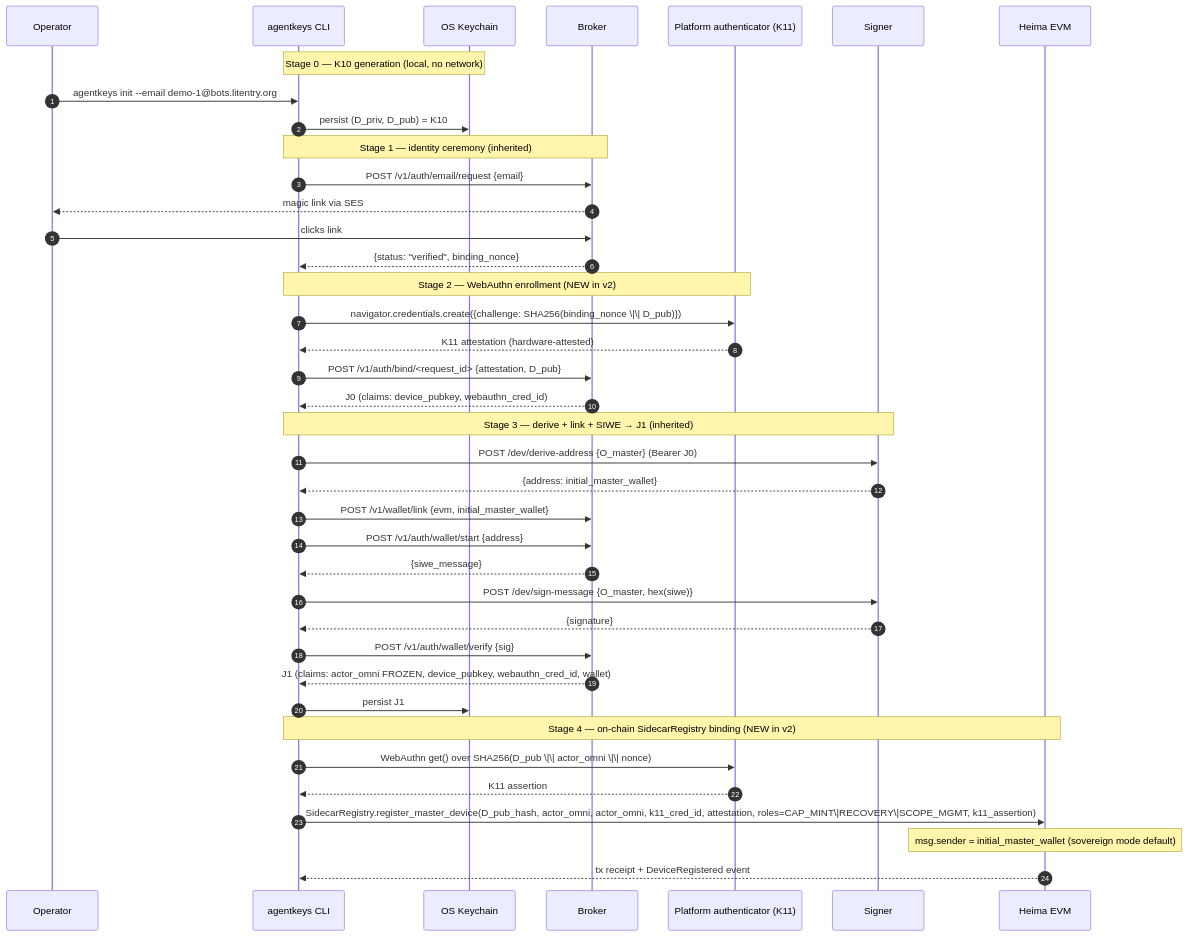
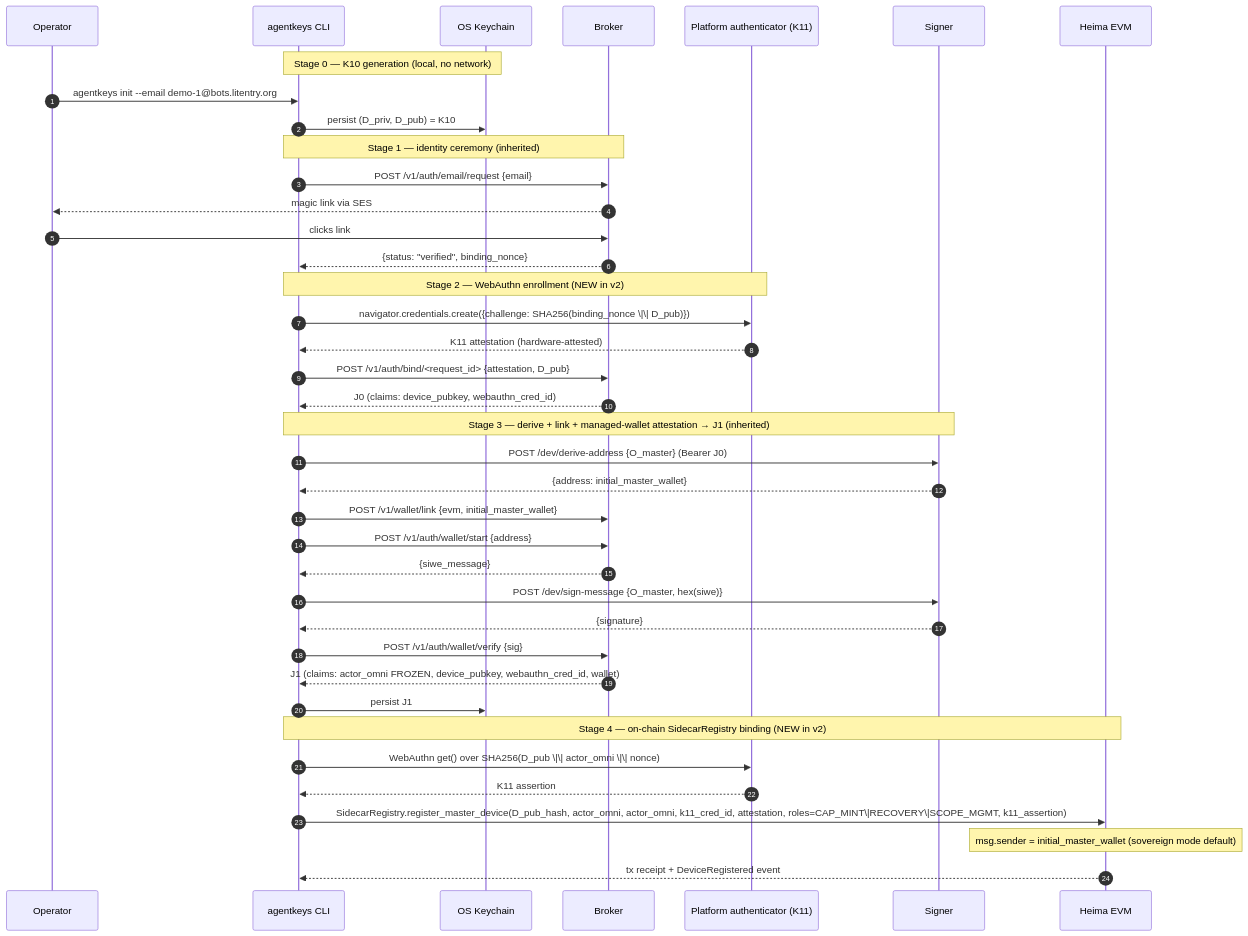
Before and after one commit to joker4002/agentKeys: the diagram in docs/v2-stage1-migration-and-demo.md, drawn with Mermaid. The commit also changed other lines of this file and 5 other files, not shown here.

````diff
--- a/docs/v2-stage1-migration-and-demo.md
+++ b/docs/v2-stage1-migration-and-demo.md
@@ -494,46 +494,46 @@
 ```mermaid
 sequenceDiagram
   autonumber
   participant Op as Operator
   participant CLI as agentkeys CLI
   participant KC as OS Keychain
   participant Brk as Broker
   participant PA as Platform authenticator (K11)
   participant Sig as Signer
   participant Heima as Heima EVM
 
   Note over CLI,KC: Stage 0 — K10 generation (local, no network)
   Op->>CLI: agentkeys init --email demo-1@bots.litentry.org
   CLI->>KC: persist (D_priv, D_pub) = K10
 
   Note over CLI,Brk: Stage 1 — identity ceremony (inherited)
   CLI->>Brk: POST /v1/auth/email/request {email}
   Brk-->>Op: magic link via SES
   Op->>Brk: clicks link
   Brk-->>CLI: {status: "verified", binding_nonce}
 
   Note over CLI,PA: Stage 2 — WebAuthn enrollment (NEW in v2)
   CLI->>PA: navigator.credentials.create({challenge: SHA256(binding_nonce \|\| D_pub)})
   PA-->>CLI: K11 attestation (hardware-attested)
   CLI->>Brk: POST /v1/auth/bind/<request_id> {attestation, D_pub}
   Brk-->>CLI: J0 (claims: device_pubkey, webauthn_cred_id)
 
-  Note over CLI,Sig: Stage 3 — derive + link + SIWE → J1 (inherited)
+  Note over CLI,Sig: Stage 3 — derive + link + managed-wallet attestation → J1 (inherited)
   CLI->>Sig: POST /dev/derive-address {O_master} (Bearer J0)
   Sig-->>CLI: {address: initial_master_wallet}
   CLI->>Brk: POST /v1/wallet/link {evm, initial_master_wallet}
   CLI->>Brk: POST /v1/auth/wallet/start {address}
   Brk-->>CLI: {siwe_message}
   CLI->>Sig: POST /dev/sign-message {O_master, hex(siwe)}
   Sig-->>CLI: {signature}
   CLI->>Brk: POST /v1/auth/wallet/verify {sig}
   Brk-->>CLI: J1 (claims: actor_omni FROZEN, device_pubkey, webauthn_cred_id, wallet)
   CLI->>KC: persist J1
 
   Note over CLI,Heima: Stage 4 — on-chain SidecarRegistry binding (NEW in v2)
   CLI->>PA: WebAuthn get() over SHA256(D_pub \|\| actor_omni \|\| nonce)
   PA-->>CLI: K11 assertion
   CLI->>Heima: SidecarRegistry.register_master_device(D_pub_hash, actor_omni, actor_omni, k11_cred_id, attestation, roles=CAP_MINT\|RECOVERY\|SCOPE_MGMT, k11_assertion)
   Note over Heima: msg.sender = initial_master_wallet (sovereign mode default)
   Heima-->>CLI: tx receipt + DeviceRegistered event
 ```
````
